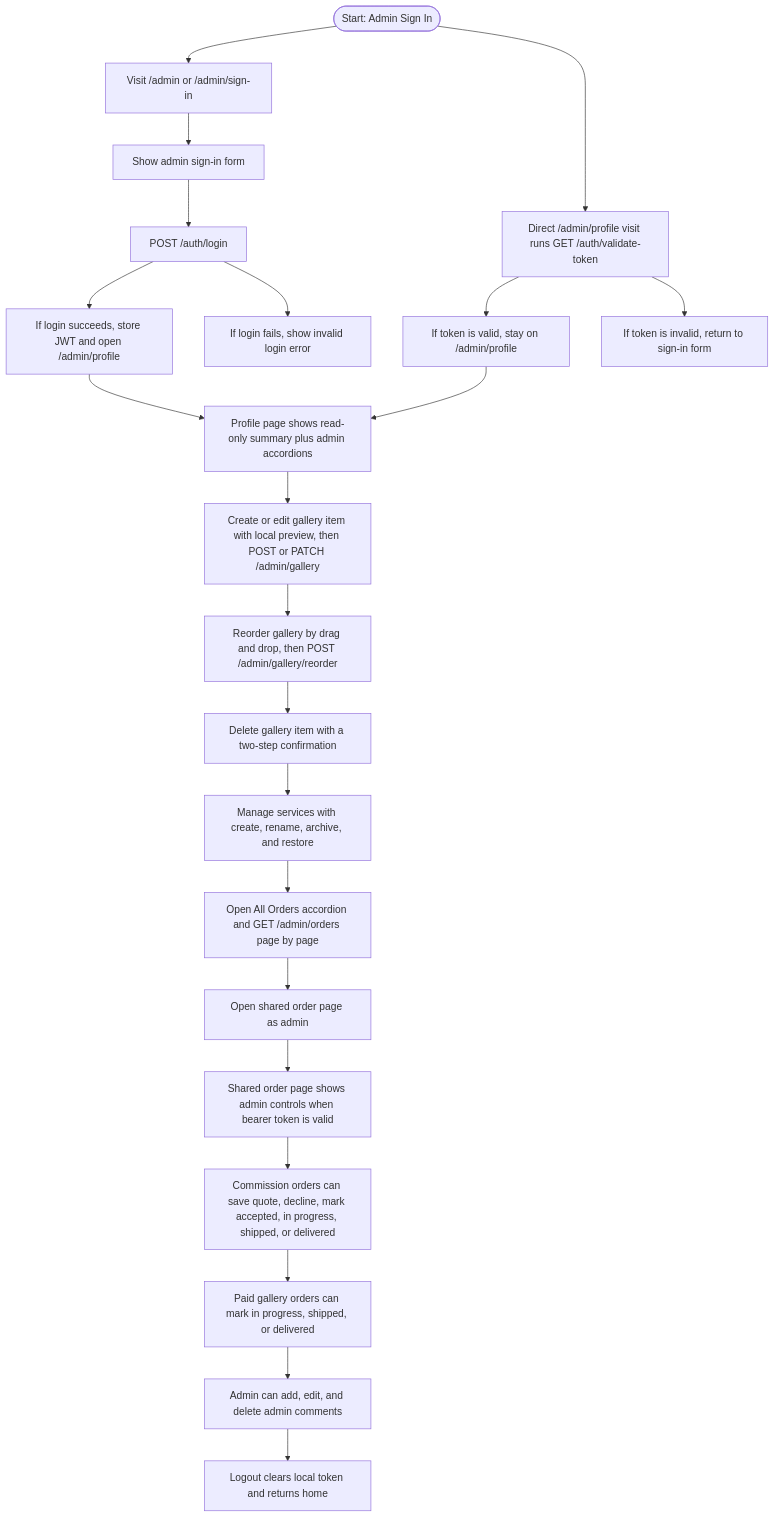
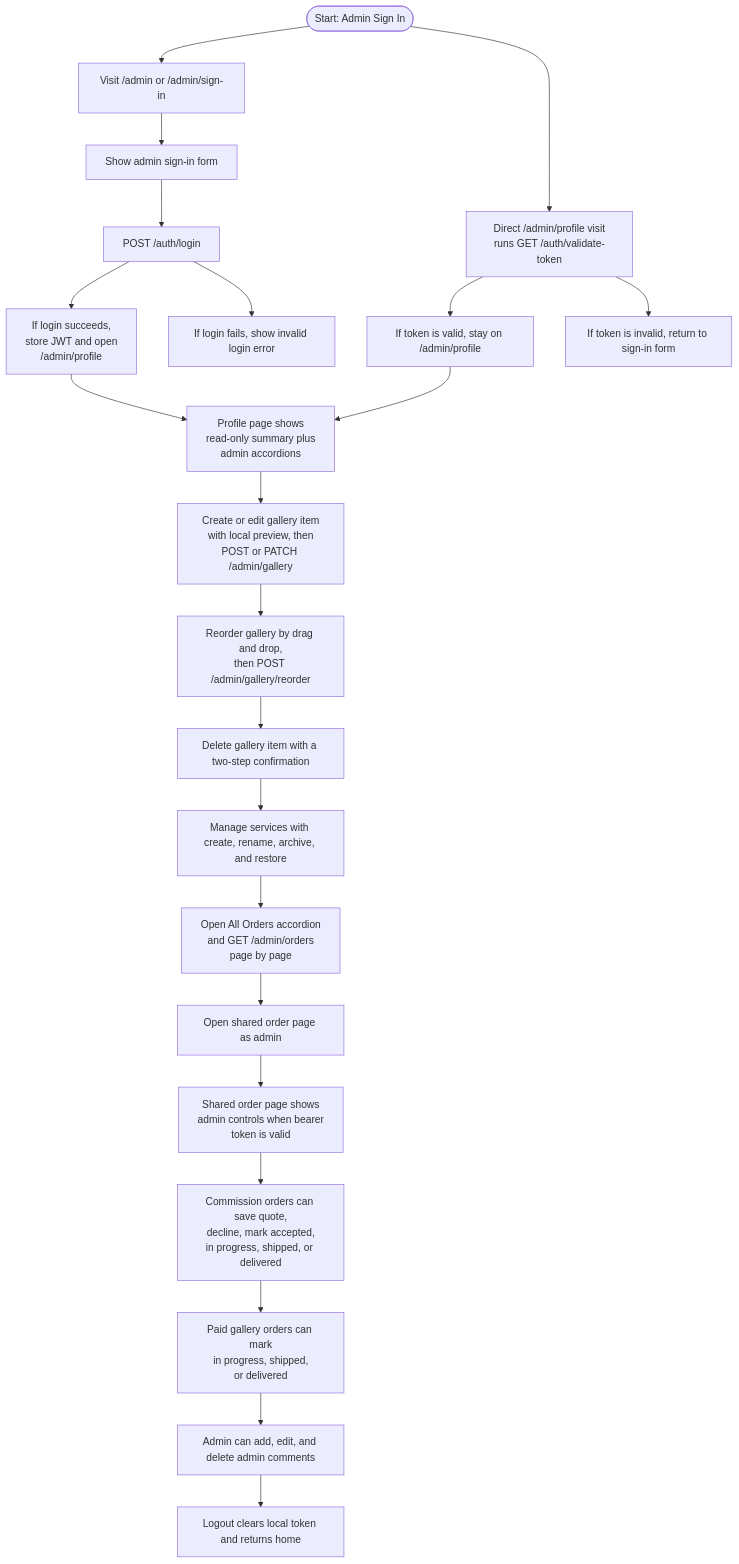
Before and after one commit to david-lytikainen/SAS: the first of 3 diagrams in 0_KC/flowchart.md, drawn with Mermaid. The commit also changed other lines of this file and 6 other files, not shown here.

Commit message:
Polish KC flowcharts

````diff
--- a/0_KC/flowchart.md
+++ b/0_KC/flowchart.md
@@ -3,33 +3,33 @@
 ```mermaid
 flowchart TB
   A0([Start: Admin Sign In])
   A1[Visit /admin or /admin/sign-in]
   A2[Show admin sign-in form]
   A3[POST /auth/login]
-  A4[If login succeeds, store JWT and open /admin/profile]
+  A4["If login succeeds,<br/>store JWT and open<br/>/admin/profile"]
   A5[If login fails, show invalid login error]
-  A6[Direct /admin/profile visit runs GET /auth/validate-token]
+  A6["Direct /admin/profile visit<br/>runs GET /auth/validate-token"]
   A7[If token is valid, stay on /admin/profile]
   A8[If token is invalid, return to sign-in form]
-  A9[Profile page shows read-only summary plus admin accordions]
-  A10[Create or edit gallery item with local preview, then POST or PATCH /admin/gallery]
-  A11[Reorder gallery by drag and drop, then POST /admin/gallery/reorder]
+  A9["Profile page shows<br/>read-only summary plus<br/>admin accordions"]
+  A10["Create or edit gallery item<br/>with local preview, then<br/>POST or PATCH /admin/gallery"]
+  A11["Reorder gallery by drag and drop,<br/>then POST /admin/gallery/reorder"]
   A12[Delete gallery item with a two-step confirmation]
   A13[Manage services with create, rename, archive, and restore]
-  A14[Open All Orders accordion and GET /admin/orders page by page]
+  A14["Open All Orders accordion<br/>and GET /admin/orders<br/>page by page"]
   A15[Open shared order page as admin]
-  A16[Shared order page shows admin controls when bearer token is valid]
-  A17[Commission orders can save quote, decline, mark accepted, in progress, shipped, or delivered]
-  A18[Paid gallery orders can mark in progress, shipped, or delivered]
+  A16["Shared order page shows<br/>admin controls when bearer<br/>token is valid"]
+  A17["Commission orders can save quote,<br/>decline, mark accepted,<br/>in progress, shipped, or delivered"]
+  A18["Paid gallery orders can mark<br/>in progress, shipped,<br/>or delivered"]
   A19[Admin can add, edit, and delete admin comments]
   A20[Logout clears local token and returns home]
 
   A0 --> A1 --> A2 --> A3
   A3 --> A4
   A3 --> A5
   A0 --> A6
   A6 --> A7
   A6 --> A8
   A4 --> A9 --> A10 --> A11 --> A12 --> A13 --> A14 --> A15 --> A16 --> A17 --> A18 --> A19 --> A20
   A7 --> A9
 ```
````
